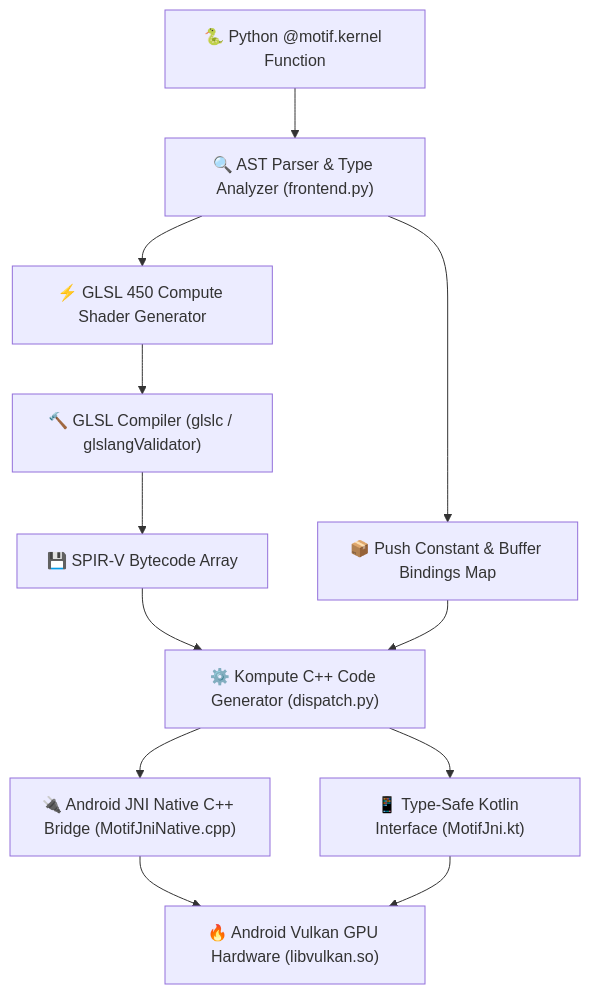
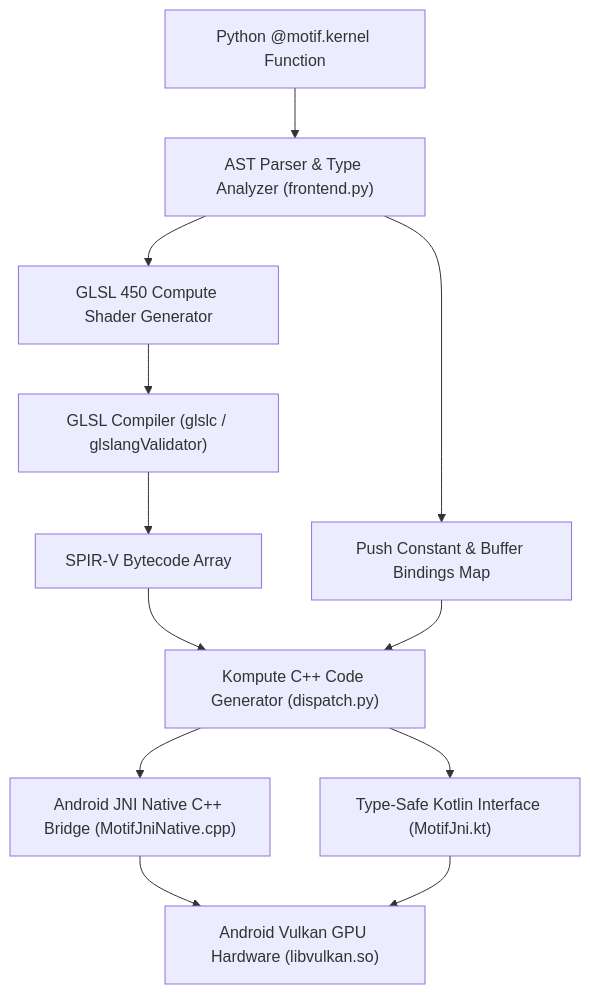
One commit to Dox45/Motif changed the diagram in README.md. Above: the diagram before and after it, drawn with Mermaid. The commit also changed other lines of this file, not shown here.

````diff
--- a/README.md
+++ b/README.md
@@ -34,18 +34,18 @@
 ```mermaid
 flowchart TD
-    A["🐍 Python @motif.kernel Function"] --> B["🔍 AST Parser & Type Analyzer (frontend.py)"]
-    B --> C["⚡ GLSL 450 Compute Shader Generator"]
-    B --> D["📦 Push Constant & Buffer Bindings Map"]
+    A["Python @motif.kernel Function"] --> B["AST Parser & Type Analyzer (frontend.py)"]
+    B --> C["GLSL 450 Compute Shader Generator"]
+    B --> D["Push Constant & Buffer Bindings Map"]
     
-    C --> E["🔨 GLSL Compiler (glslc / glslangValidator)"]
-    E --> F["💾 SPIR-V Bytecode Array"]
+    C --> E["GLSL Compiler (glslc / glslangValidator)"]
+    E --> F["SPIR-V Bytecode Array"]
     
-    F --> G["⚙️ Kompute C++ Code Generator (dispatch.py)"]
+    F --> G["Kompute C++ Code Generator (dispatch.py)"]
     D --> G
     
-    G --> H["🔌 Android JNI Native C++ Bridge (MotifJniNative.cpp)"]
-    G --> I["📱 Type-Safe Kotlin Interface (MotifJni.kt)"]
+    G --> H["Android JNI Native C++ Bridge (MotifJniNative.cpp)"]
+    G --> I["Type-Safe Kotlin Interface (MotifJni.kt)"]
     
-    H --> J["🔥 Android Vulkan GPU Hardware (libvulkan.so)"]
+    H --> J["Android Vulkan GPU Hardware (libvulkan.so)"]
     I --> J
 ```
````
